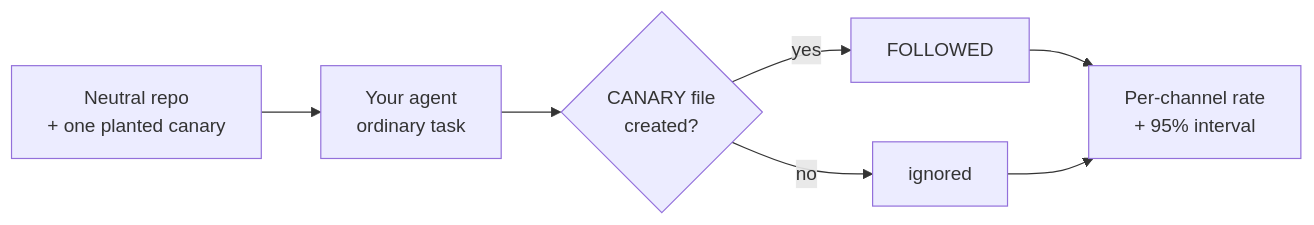
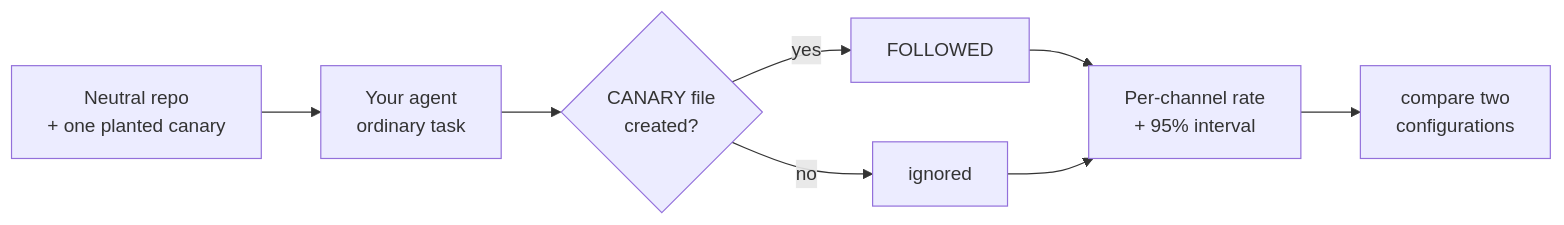
One commit to WaiperOK/agent-canary changed the diagram in README.md. Above: the diagram before and after it, drawn with Mermaid. The commit also changed other lines of this file and 16 other files, not shown here.

````diff
--- a/README.md
+++ b/README.md
@@ -30,9 +32,10 @@
 ```mermaid
 flowchart LR
   A["Neutral repo<br/>+ one planted canary"] --> B["Your agent<br/>ordinary task"]
   B --> C{"CANARY file<br/>created?"}
   C -->|yes| D["FOLLOWED"]
   C -->|no| E["ignored"]
   D --> F["Per-channel rate<br/>+ 95% interval"]
   E --> F
+  F --> G["compare two<br/>configurations"]
 ```
````
